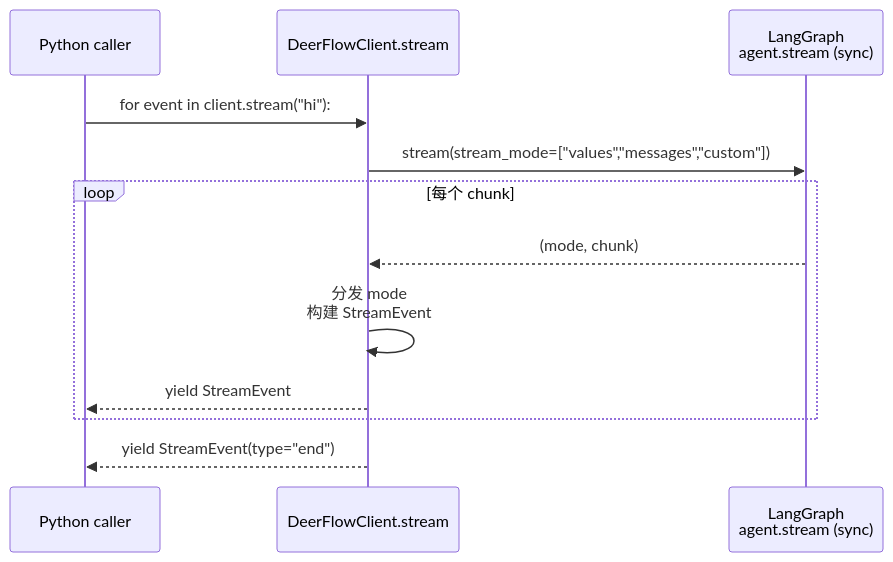
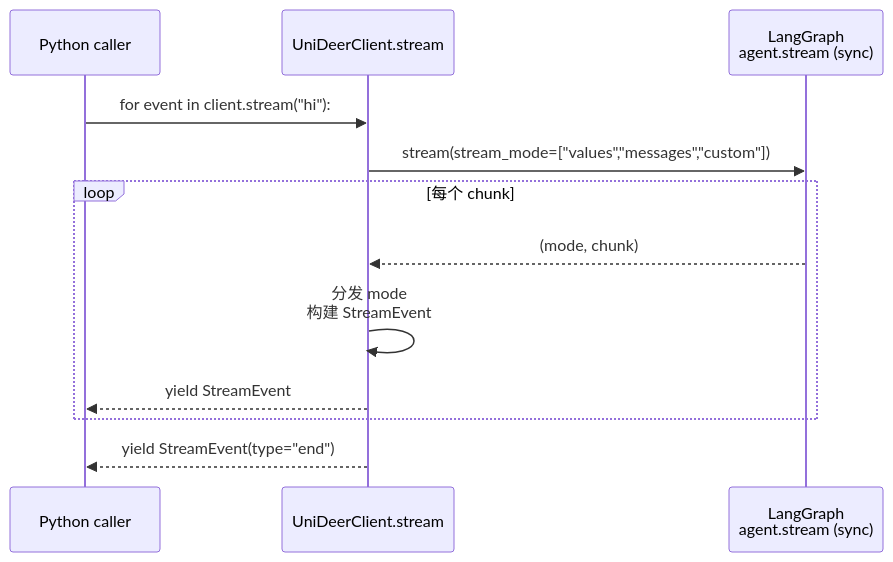
The third of 5 diagrams in backend/docs/STREAMING.md (LTgitspace/deer-flow), drawn with Mermaid before and after one commit. The commit also changed other lines of this file and 106 other files, not shown here.

Commit message:
rebrand into uni deer

````diff
--- a/backend/docs/STREAMING.md
+++ b/backend/docs/STREAMING.md
@@ -172,15 +172,15 @@
 ```mermaid
 sequenceDiagram
     participant User as Python caller
-    participant Client as DeerFlowClient.stream
+    participant Client as UniDeerClient.stream
     participant Agent as LangGraph<br/>agent.stream (sync)
 
     User->>Client: for event in client.stream("hi"):
     Client->>Agent: stream(stream_mode=["values","messages","custom"])
     loop 每个 chunk
         Agent-->>Client: (mode, chunk)
         Client->>Client: 分发 mode<br/>构建 StreamEvent
         Client-->>User: yield StreamEvent
     end
     Client-->>User: yield StreamEvent(type="end")
 ```
````
